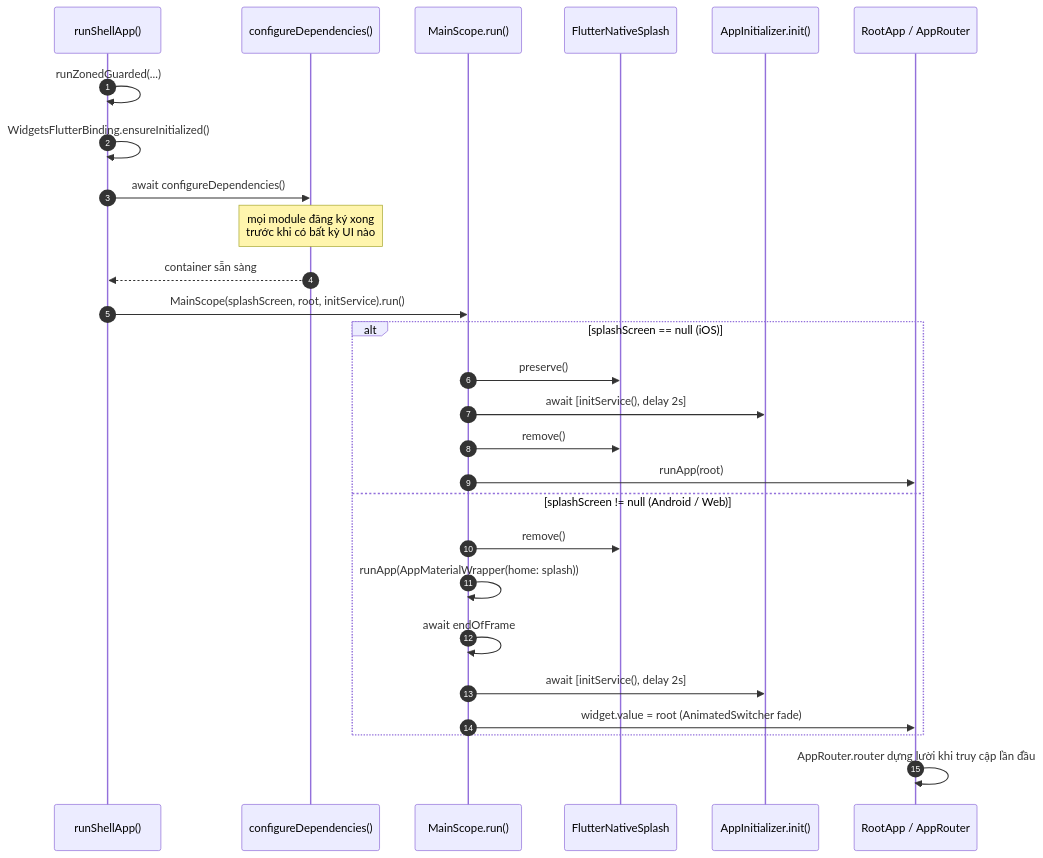
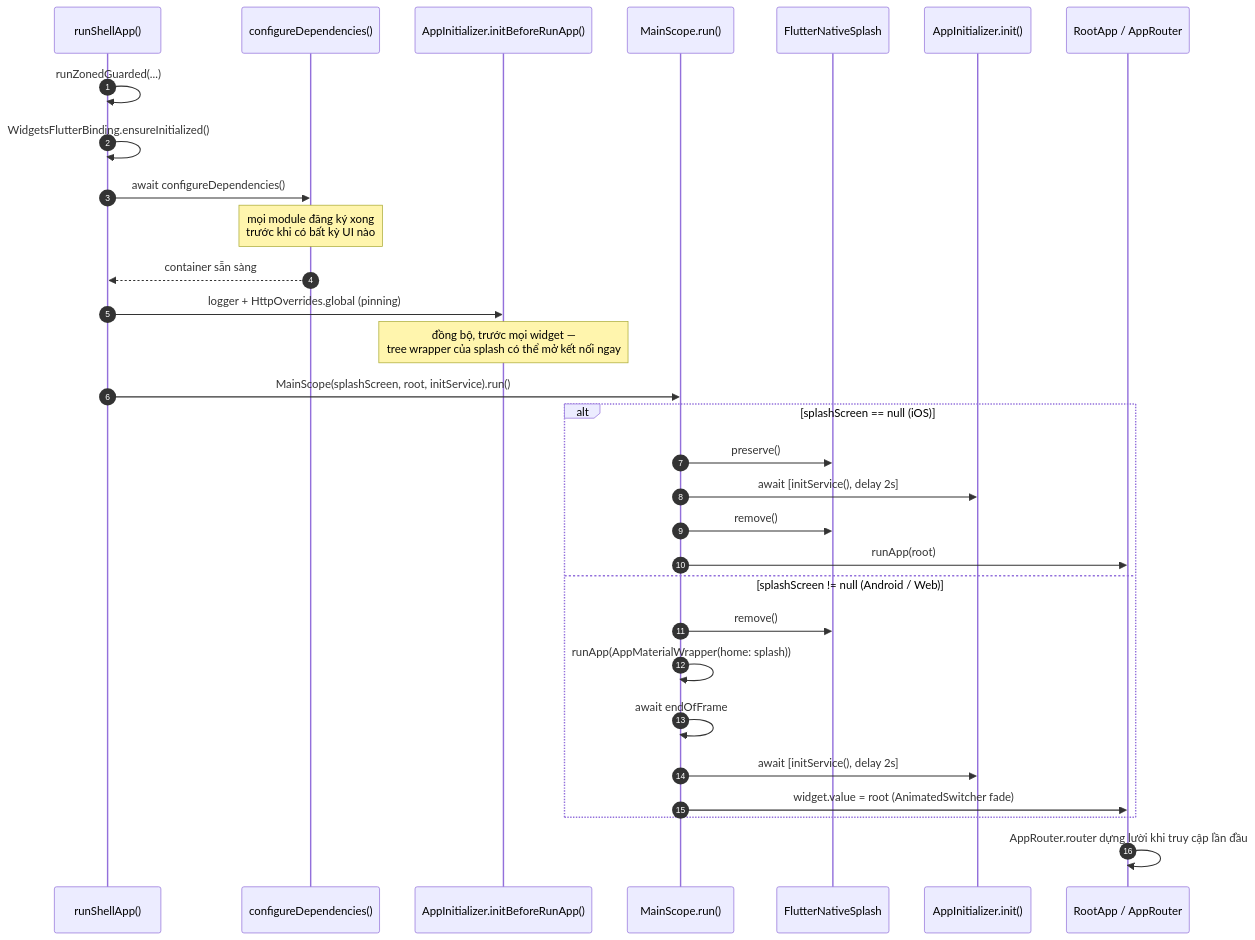
One commit to CaoGiaHieu-dev/flutter-monorepo-codebase changed the diagram in docs/vi/architecture/06_app_shell.md. Above: the diagram before and after it, drawn with Mermaid. The commit also changed other lines of this file and 39 other files, not shown here.

````diff
--- a/docs/vi/architecture/06_app_shell.md
+++ b/docs/vi/architecture/06_app_shell.md
@@ -53,32 +53,35 @@
 ```mermaid
 sequenceDiagram
     autonumber
     participant M as runShellApp()
     participant DI as configureDependencies()
+    participant P as AppInitializer.initBeforeRunApp()
     participant S as MainScope.run()
     participant N as FlutterNativeSplash
     participant I as AppInitializer.init()
     participant R as RootApp / AppRouter
 
     M->>M: runZonedGuarded(...)
     M->>M: WidgetsFlutterBinding.ensureInitialized()
     M->>DI: await configureDependencies()
     Note over DI: mọi module đăng ký xong<br/>trước khi có bất kỳ UI nào
     DI-->>M: container sẵn sàng
+    M->>P: logger + HttpOverrides.global (pinning)
+    Note over P: đồng bộ, trước mọi widget —<br/>tree wrapper của splash có thể mở kết nối ngay
     M->>S: MainScope(splashScreen, root, initService).run()
 
     alt splashScreen == null (iOS)
         S->>N: preserve()
         S->>I: await [initService(), delay 2s]
         S->>N: remove()
         S->>R: runApp(root)
     else splashScreen != null (Android / Web)
         S->>N: remove()
         S->>S: runApp(AppMaterialWrapper(home: splash))
         S->>S: await endOfFrame
         S->>I: await [initService(), delay 2s]
         S->>R: widget.value = root  (AnimatedSwitcher fade)
     end
 
     R->>R: AppRouter.router dựng lười khi truy cập lần đầu
 ```
````
